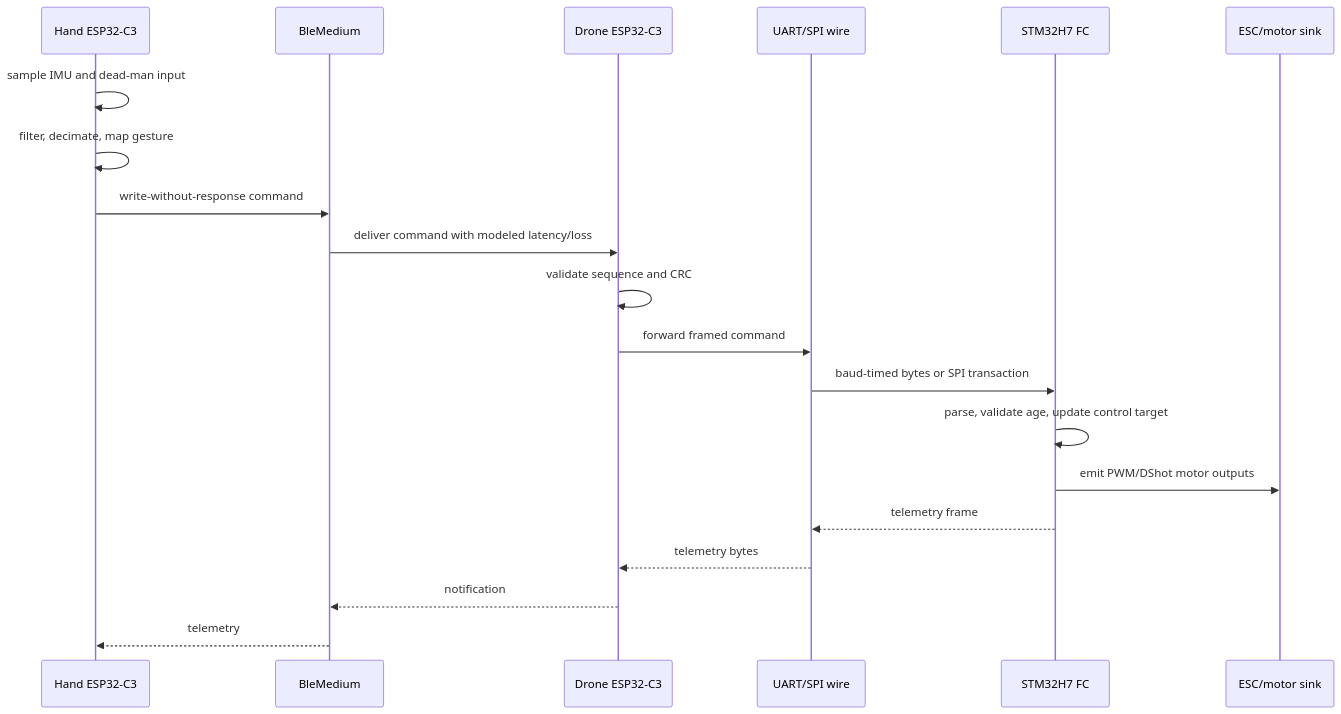
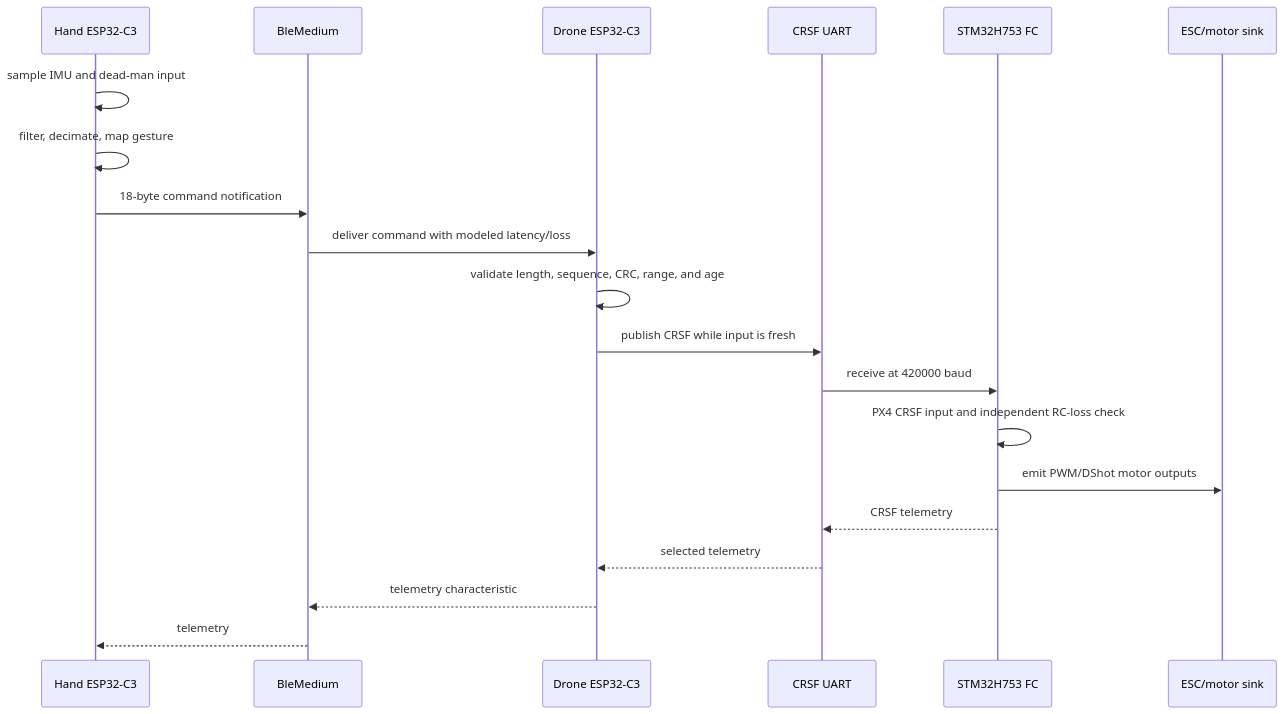
The third of 4 diagrams in docs/architecture.md (Samiurr10/gesture-controlled-drone), drawn with Mermaid before and after one commit. The commit also changed other lines of this file and 2 other files, not shown here.

Commit message:
Document MCU selection and control architecture

````diff
--- a/docs/architecture.md
+++ b/docs/architecture.md
@@ -97,23 +97,23 @@
 ```mermaid
 sequenceDiagram
     participant Hand as Hand ESP32-C3
     participant BLE as BleMedium
     participant Radio as Drone ESP32-C3
-    participant Wire as UART/SPI wire
-    participant H7 as STM32H7 FC
+    participant Wire as CRSF UART
+    participant H7 as STM32H753 FC
     participant ESC as ESC/motor sink
 
     Hand->>Hand: sample IMU and dead-man input
     Hand->>Hand: filter, decimate, map gesture
-    Hand->>BLE: write-without-response command
+    Hand->>BLE: 18-byte command notification
     BLE->>Radio: deliver command with modeled latency/loss
-    Radio->>Radio: validate sequence and CRC
-    Radio->>Wire: forward framed command
-    Wire->>H7: baud-timed bytes or SPI transaction
-    H7->>H7: parse, validate age, update control target
+    Radio->>Radio: validate length, sequence, CRC, range, and age
+    Radio->>Wire: publish CRSF while input is fresh
+    Wire->>H7: receive at 420000 baud
+    H7->>H7: PX4 CRSF input and independent RC-loss check
     H7->>ESC: emit PWM/DShot motor outputs
-    H7-->>Wire: telemetry frame
-    Wire-->>Radio: telemetry bytes
-    Radio-->>BLE: notification
+    H7-->>Wire: CRSF telemetry
+    Wire-->>Radio: selected telemetry
+    Radio-->>BLE: telemetry characteristic
     BLE-->>Hand: telemetry
 ```
````
